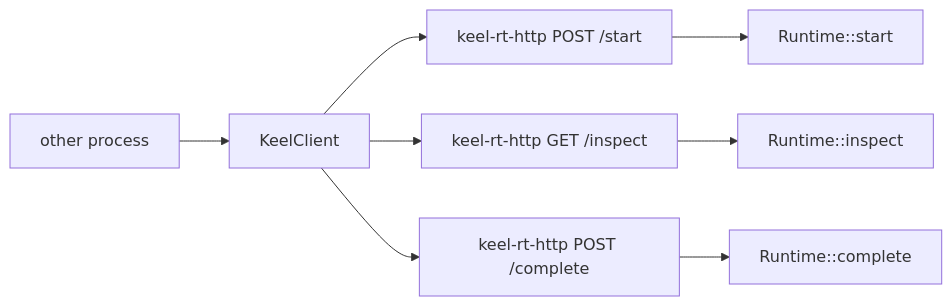
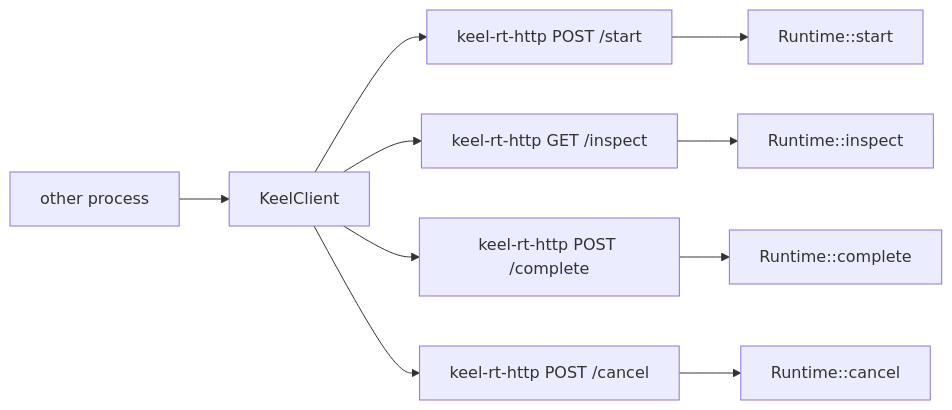
Before and after one commit to nessalabs/keel-rt: the second of 5 diagrams in docs/ARCHITECTURE.md, drawn with Mermaid. The commit also changed other lines of this file and 14 other files, not shown here.

First line of the commit message:
http: KeelClient::cancel one execution by id

````diff
--- a/docs/ARCHITECTURE.md
+++ b/docs/ARCHITECTURE.md
@@ -118,15 +120,18 @@
 ```mermaid
 flowchart LR
   other[other process]
   client[KeelClient]
   httpStart["keel-rt-http POST /start"]
   httpGet["keel-rt-http GET /inspect"]
   httpPost["keel-rt-http POST /complete"]
+  httpCancel["keel-rt-http POST /cancel"]
   rts["Runtime::start"]
   rti["Runtime::inspect"]
   rtc["Runtime::complete"]
+  rtx["Runtime::cancel"]
   other --> client
   client --> httpStart --> rts
   client --> httpGet --> rti
   client --> httpPost --> rtc
+  client --> httpCancel --> rtx
 ```
````
